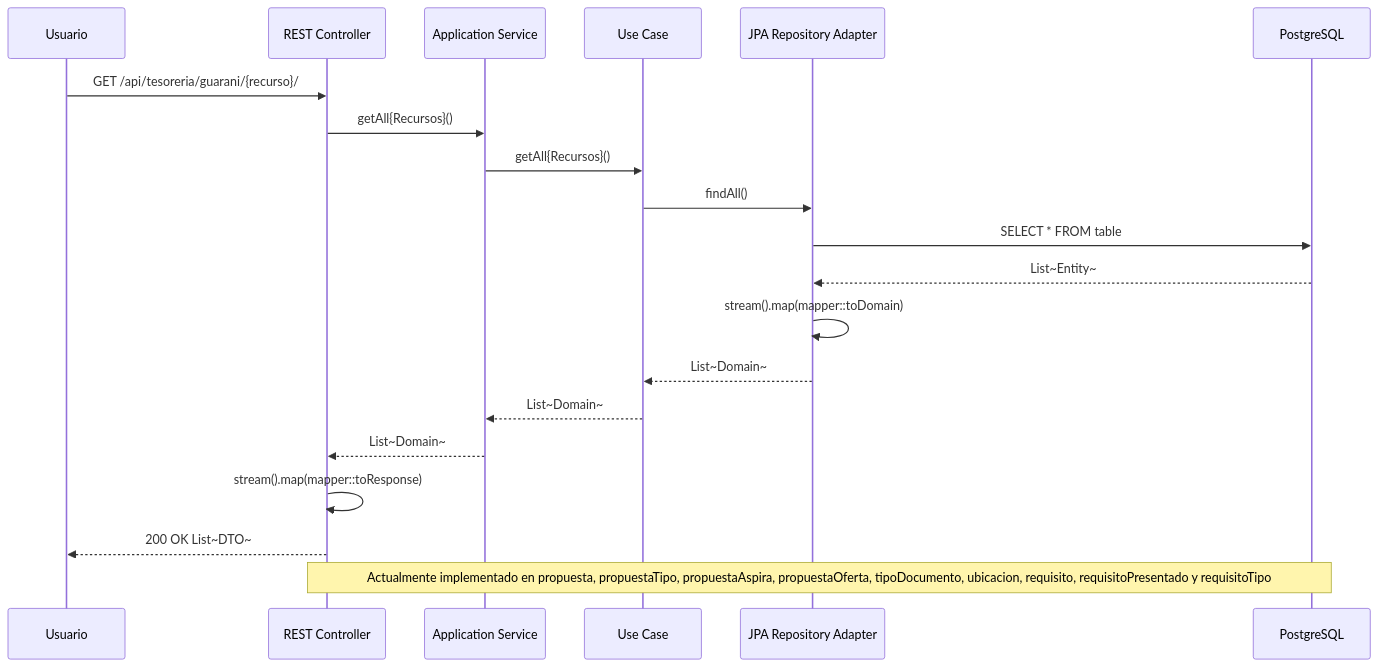
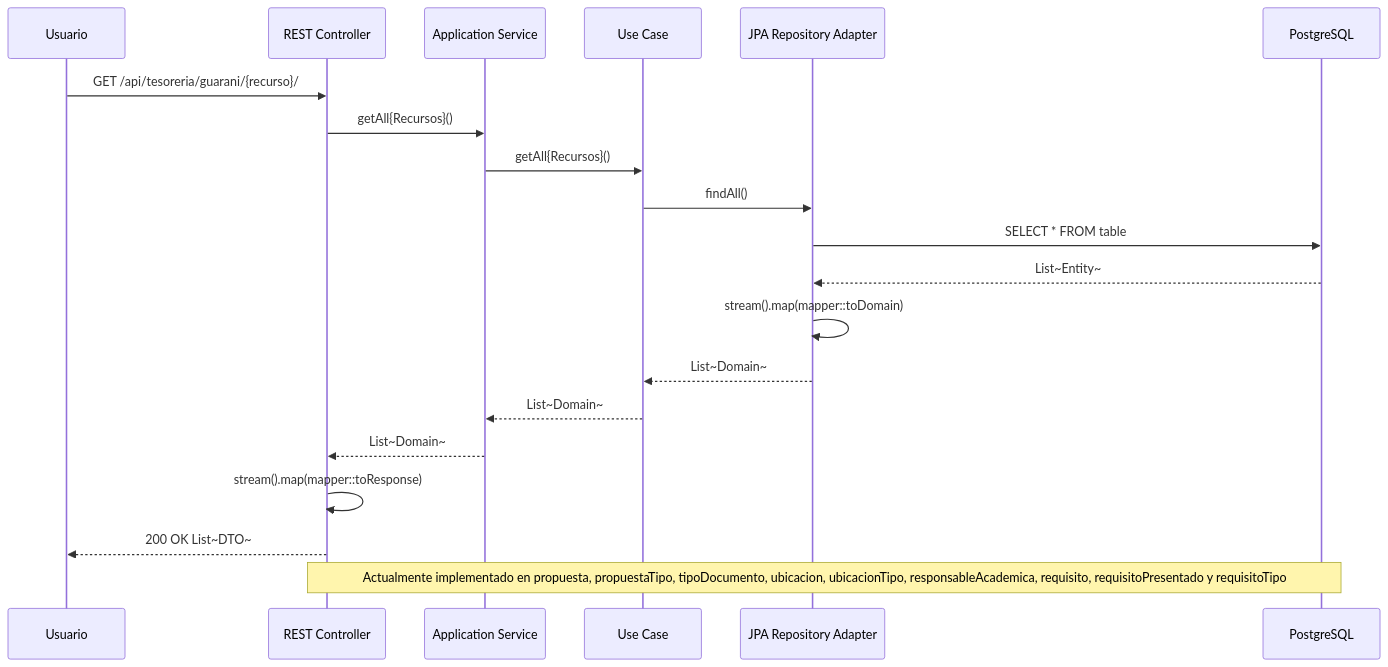
One commit to UM-services/UM.tesoreria.guarani-service changed the diagram in docs/diagrams/hexagonal-collection-endpoint.mmd. Above: the diagram before and after it, drawn with Mermaid. The commit also changed 5 other files, not shown here.

```diff
--- a/docs/diagrams/hexagonal-collection-endpoint.mmd
+++ b/docs/diagrams/hexagonal-collection-endpoint.mmd
@@ -1,21 +1,21 @@
 sequenceDiagram
     participant User as Usuario
     participant REST as REST Controller
     participant Service as Application Service
     participant UseCase as Use Case
     participant JPA as JPA Repository Adapter
     participant DB as PostgreSQL
 
     User->>REST: GET /api/tesoreria/guarani/{recurso}/
     REST->>Service: getAll{Recursos}()
     Service->>UseCase: getAll{Recursos}()
     UseCase->>JPA: findAll()
     JPA->>DB: SELECT * FROM table
     DB-->>JPA: List~Entity~
     JPA->>JPA: stream().map(mapper::toDomain)
     JPA-->>UseCase: List~Domain~
     UseCase-->>Service: List~Domain~
     Service-->>REST: List~Domain~
     REST->>REST: stream().map(mapper::toResponse)
     REST-->>User: 200 OK List~DTO~
-    Note over REST,DB: Actualmente implementado en propuesta, propuestaTipo, propuestaAspira, propuestaOferta, tipoDocumento, ubicacion, requisito, requisitoPresentado y requisitoTipo
+    Note over REST,DB: Actualmente implementado en propuesta, propuestaTipo, tipoDocumento, ubicacion, ubicacionTipo, responsableAcademica, requisito, requisitoPresentado y requisitoTipo
```
